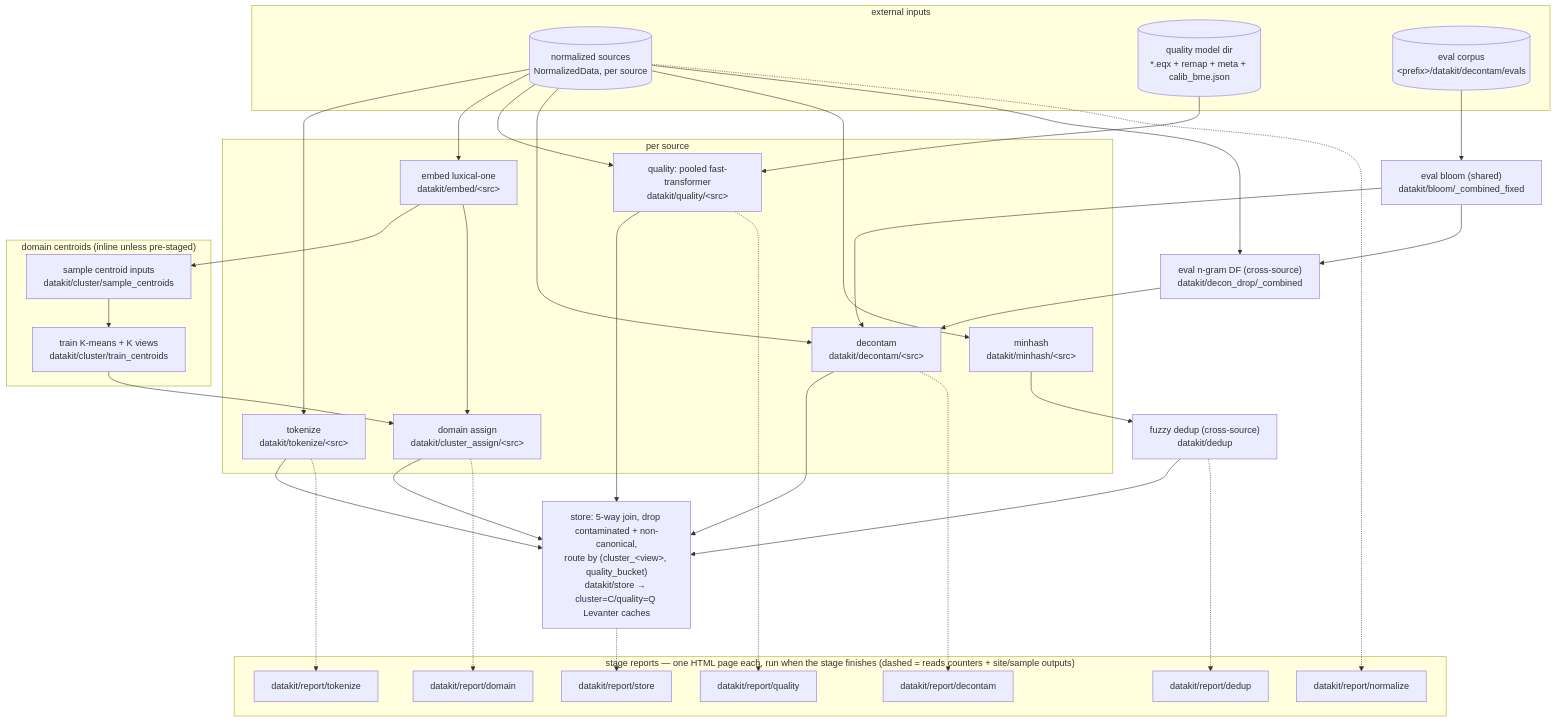
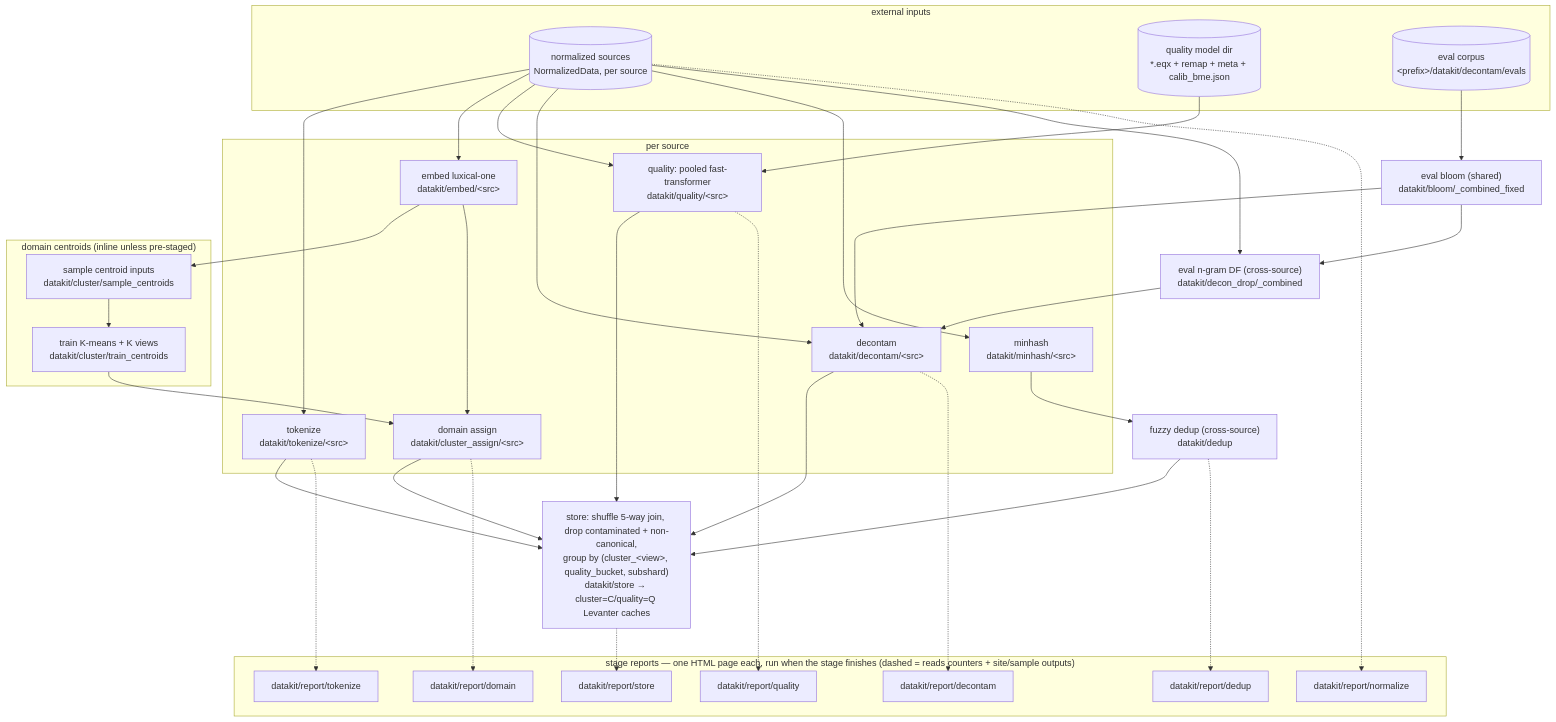
Before and after one commit to marin-community/marin: the diagram in experiments/datakit/README.md, drawn with Mermaid. The commit also changed other lines of this file and 5 other files, not shown here.

First line of the commit message:
[datakit] Use shuffle for the clustered store

````diff
--- a/experiments/datakit/README.md
+++ b/experiments/datakit/README.md
@@ -30,63 +30,63 @@
 ```mermaid
 flowchart TD
     subgraph inputs["external inputs"]
         SRC[("normalized sources<br/>NormalizedData, per source")]
         MODEL[("quality model dir<br/>*.eqx + remap + meta + calib_bme.json")]
         EVALS[("eval corpus<br/>&lt;prefix&gt;/datakit/decontam/evals")]
     end
 
     subgraph per_source["per source"]
         TOK["tokenize<br/>datakit/tokenize/&lt;src&gt;"]
         EMB["embed luxical-one<br/>datakit/embed/&lt;src&gt;"]
         ASG["domain assign<br/>datakit/cluster_assign/&lt;src&gt;"]
         QUAL["quality: pooled fast-transformer<br/>datakit/quality/&lt;src&gt;"]
         DECON["decontam<br/>datakit/decontam/&lt;src&gt;"]
         MH["minhash<br/>datakit/minhash/&lt;src&gt;"]
     end
 
     subgraph domain_model["domain centroids (inline unless pre-staged)"]
         SAMP["sample centroid inputs<br/>datakit/cluster/sample_centroids"]
         KM["train K-means + K views<br/>datakit/cluster/train_centroids"]
     end
 
     BLOOM["eval bloom (shared)<br/>datakit/bloom/_combined_fixed"]
     DF["eval n-gram DF (cross-source)<br/>datakit/decon_drop/_combined"]
     DEDUP["fuzzy dedup (cross-source)<br/>datakit/dedup"]
-    STORE["store: 5-way join, drop contaminated + non-canonical,<br/>route by (cluster_&lt;view&gt;, quality_bucket)<br/>datakit/store → cluster=C/quality=Q Levanter caches"]
+    STORE["store: shuffle 5-way join, drop contaminated + non-canonical,<br/>group by (cluster_&lt;view&gt;, quality_bucket, subshard)<br/>datakit/store → cluster=C/quality=Q Levanter caches"]
 
     SRC --> TOK
     SRC --> EMB
     SRC --> QUAL
     SRC --> DECON
     SRC --> MH
     MODEL --> QUAL
     EVALS --> BLOOM --> DF --> DECON
     SRC --> DF
     BLOOM --> DECON
     EMB --> SAMP --> KM --> ASG
     EMB --> ASG
     MH --> DEDUP
     TOK --> STORE
     ASG --> STORE
     QUAL --> STORE
     DECON --> STORE
     DEDUP --> STORE
 
     subgraph reports["stage reports — one HTML page each, run when the stage finishes (dashed = reads counters + site/sample outputs)"]
         RN["datakit/report/normalize"]
         RT["datakit/report/tokenize"]
         RQ["datakit/report/quality"]
         RD["datakit/report/domain"]
         RC["datakit/report/decontam"]
         RU["datakit/report/dedup"]
         RS["datakit/report/store"]
     end
 
     SRC -.-> RN
     TOK -.-> RT
     QUAL -.-> RQ
     ASG -.-> RD
     DECON -.-> RC
     DEDUP -.-> RU
     STORE -.-> RS
 ```
````
